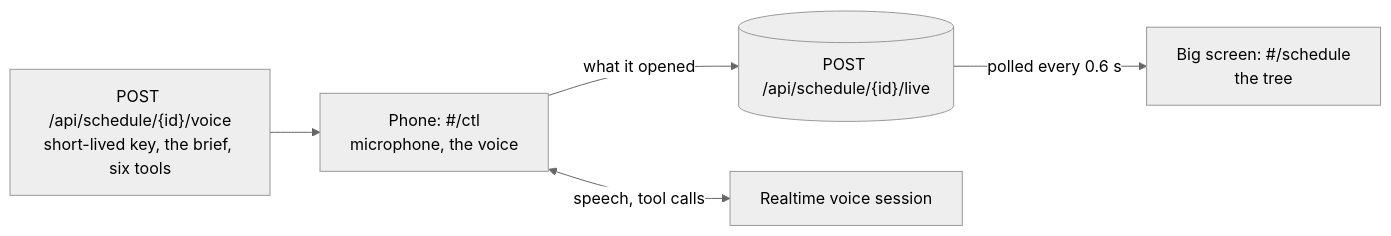
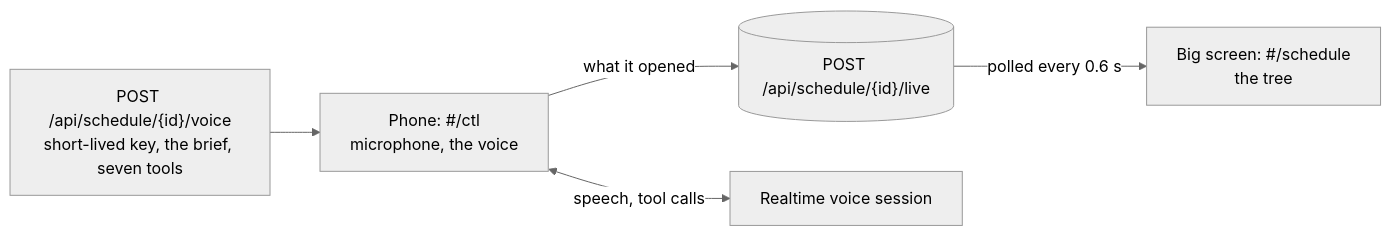
Before and after one commit to Taz33m/brace: the third of 3 diagrams in ARCHITECTURE.md, drawn with Mermaid (neutral theme). The commit also changed other lines of this file and 8 other files, not shown here.

````diff
--- a/ARCHITECTURE.md
+++ b/ARCHITECTURE.md
@@ -181,7 +190,7 @@
 ```mermaid
 flowchart LR
   PHONE["Phone: #/ctl<br/>microphone, the voice"] -- "what it opened" --> LIVE[("POST /api/schedule/{id}/live")]
   LIVE -- "polled every 0.6 s" --> SCREEN["Big screen: #/schedule<br/>the tree"]
   PHONE <-- "speech, tool calls" --> RT[Realtime voice session]
-  SERVER["POST /api/schedule/{id}/voice<br/>short-lived key, the brief, six tools"] --> PHONE
+  SERVER["POST /api/schedule/{id}/voice<br/>short-lived key, the brief, seven tools"] --> PHONE
 ```
````
